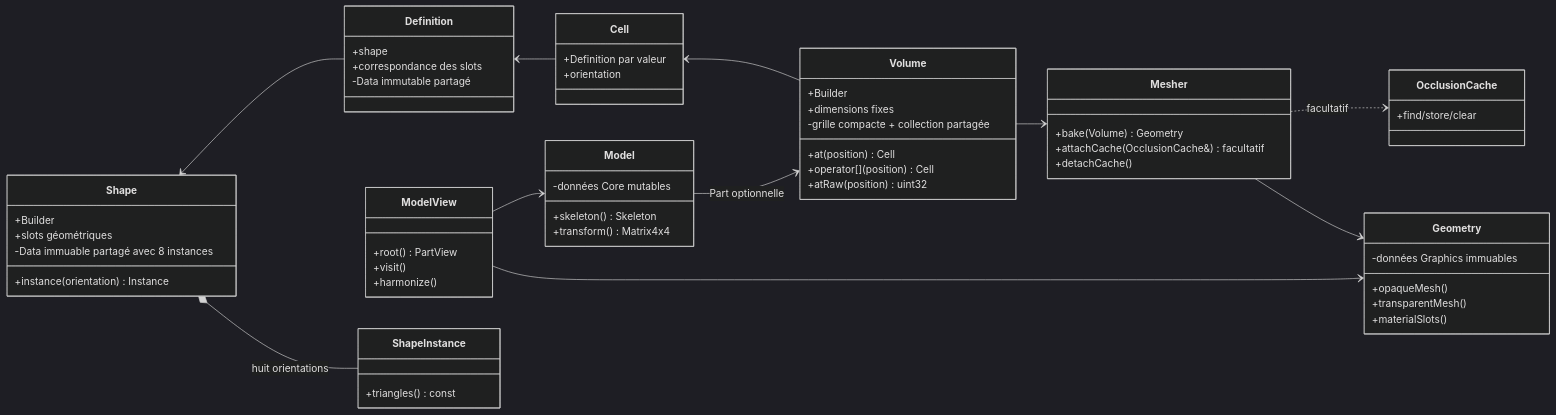
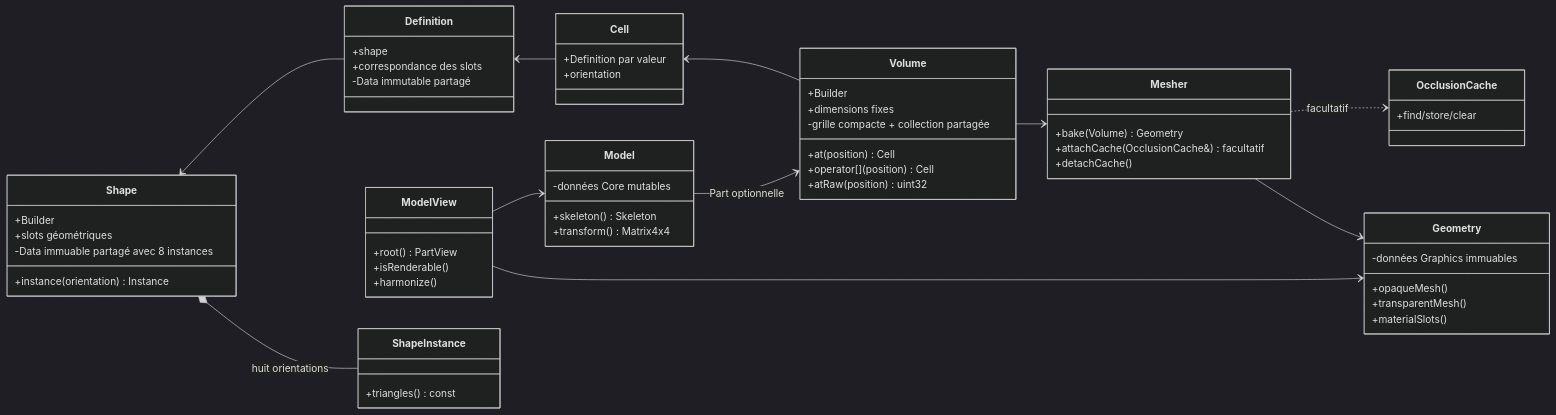
Before and after one commit to EreliaStudio/Sparkle: the diagram in docs/voxel-engine-v0.1.4/02-modele-voxel.md, drawn with Mermaid (dark theme).

Commit message:
Update PR-08 documentation after removing view traversal API

````diff
--- a/docs/voxel-engine-v0.1.4/02-modele-voxel.md
+++ b/docs/voxel-engine-v0.1.4/02-modele-voxel.md
@@ -7,64 +7,64 @@
 ```mermaid
 classDiagram
   direction LR
   class Shape {
     +Builder
     +slots géométriques
     +instance(orientation) Instance
     -Data immuable partagé avec 8 instances
   }
   class Definition {
     +shape
     +correspondance des slots
     -Data immutable partagé
   }
   class Cell {
     +Definition par valeur
     +orientation
   }
   class Volume {
     +Builder
     +dimensions fixes
     +at(position) Cell
     +operator[](position) Cell
     +atRaw(position) uint32
     -grille compacte + collection partagée
   }
   class Model {
     +skeleton() Skeleton
     +transform() Matrix4x4
     -données Core mutables
   }
   class Geometry {
     +opaqueMesh()
     +transparentMesh()
     +materialSlots()
     -données Graphics immuables
   }
   class ModelView {
     +root() PartView
-    +visit()
+    +isRenderable()
     +harmonize()
   }
   class ShapeInstance {
     +triangles() const
   }
   class OcclusionCache {
     +find/store/clear
   }
   class Mesher {
     +bake(Volume) Geometry
     +attachCache(OcclusionCache&) facultatif
     +detachCache()
   }
   Shape <-- Definition
   Definition <-- Cell
   Cell <-- Volume
   Shape *-- ShapeInstance : huit orientations
   Mesher ..> OcclusionCache : facultatif
   Volume --> Mesher
   Mesher --> Geometry
   Model --> Volume : Part optionnelle
   ModelView --> Model
   ModelView --> Geometry
 ```
````
